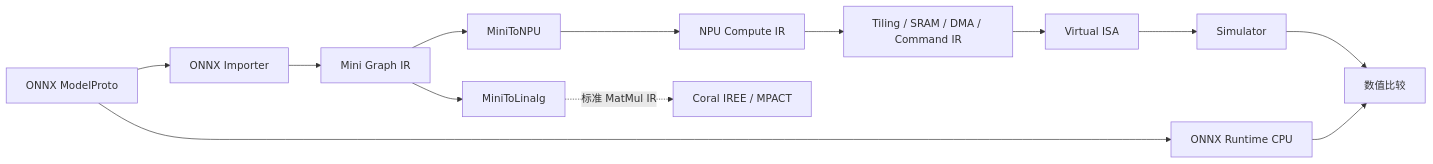
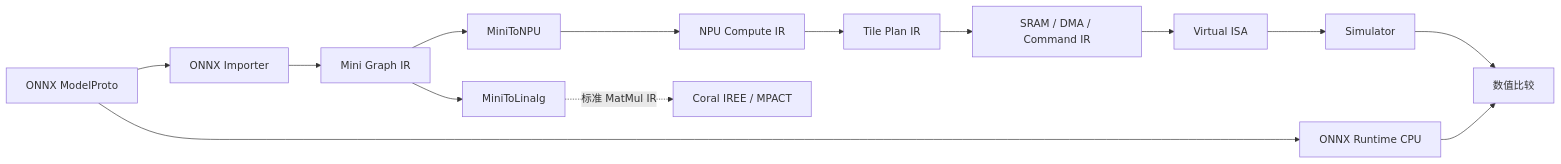
One commit to LP-780SVJ/MiniMLIRCompiler changed the diagram in docs/npu/architecture.md. Above: the diagram before and after it, drawn with Mermaid. The commit also changed other lines of this file and 29 other files, not shown here.

````diff
--- a/docs/npu/architecture.md
+++ b/docs/npu/architecture.md
@@ -5,15 +5,16 @@
 ```mermaid
 flowchart LR
     Model[ONNX ModelProto] --> Import[ONNX Importer]
     Model --> ORT[ONNX Runtime CPU]
     Import --> Mini[Mini Graph IR]
     Mini --> Standard[MiniToLinalg]
     Mini --> NPU[MiniToNPU]
     NPU --> Compute[NPU Compute IR]
-    Compute --> Command[Tiling / SRAM / DMA / Command IR]
+    Compute --> Tile[Tile Plan IR]
+    Tile --> Command[SRAM / DMA / Command IR]
     Command --> ISA[Virtual ISA]
     ISA --> Sim[Simulator]
     Sim --> Compare[数值比较]
     ORT --> Compare
     Standard -. 标准 MatMul IR .-> Coral[Coral IREE / MPACT]
 ```
````
